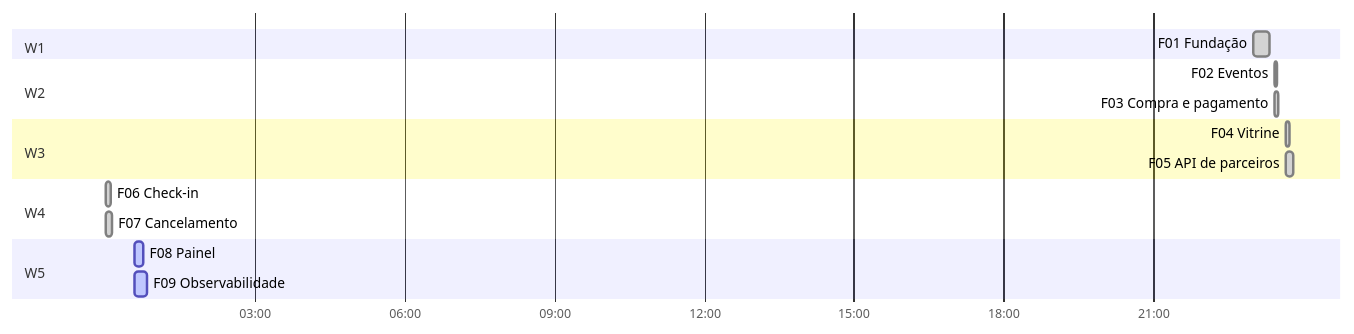
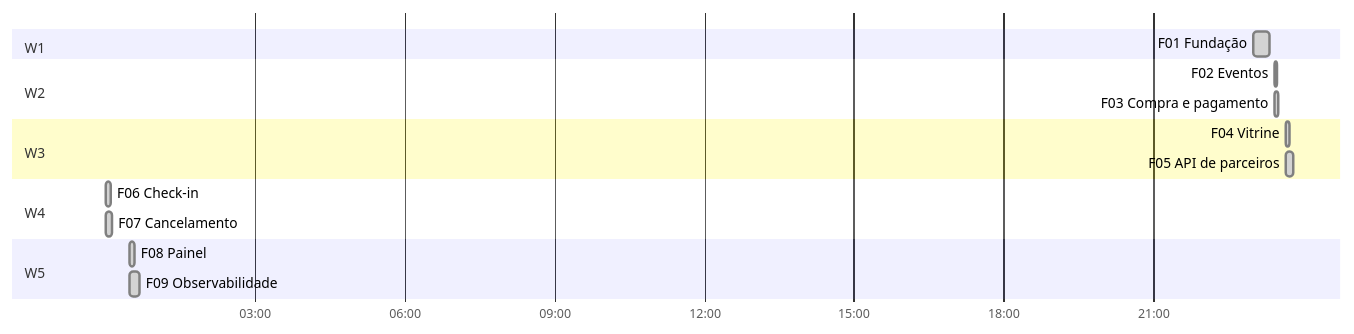
One commit to aeciopires/desafio-catraca changed the second of 2 diagrams in docs/architecture/agentes.md. Above: the diagram before and after it, drawn with Mermaid. The commit also changed 3 other files, not shown here.

Commit message:
docs: link wave PRs in README, finish architecture docs and spec wording

````diff
--- a/docs/architecture/agentes.md
+++ b/docs/architecture/agentes.md
@@ -31,19 +31,19 @@
 ```mermaid
 gantt
     dateFormat HH:mm
     axisFormat %H:%M
     section W1
     F01 Fundação           :done, 23:00, 20m
     section W2
     F02 Eventos            :done, 23:26, 3m
     F03 Compra e pagamento :done, 23:25, 5m
     section W3
     F04 Vitrine            :done, 23:39, 5m
     F05 API de parceiros   :done, 23:39, 9m
     section W4
     F06 Check-in           :done, 00:01, 6m
     F07 Cancelamento       :done, 00:01, 8m
     section W5
-    F08 Painel             :active, 00:36, 10m
-    F09 Observabilidade    :active, 00:36, 15m
+    F08 Painel             :done, 00:30, 6m
+    F09 Observabilidade    :done, 00:30, 12m
 ```
````
